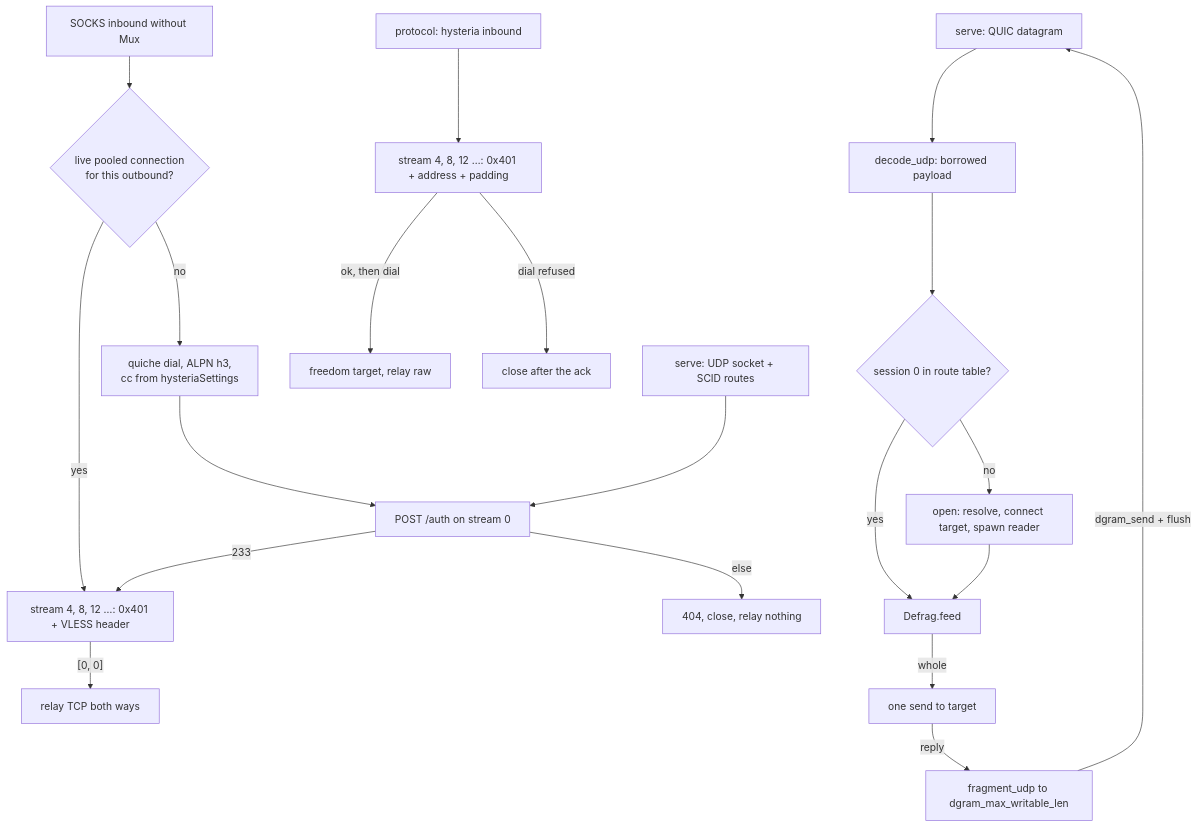
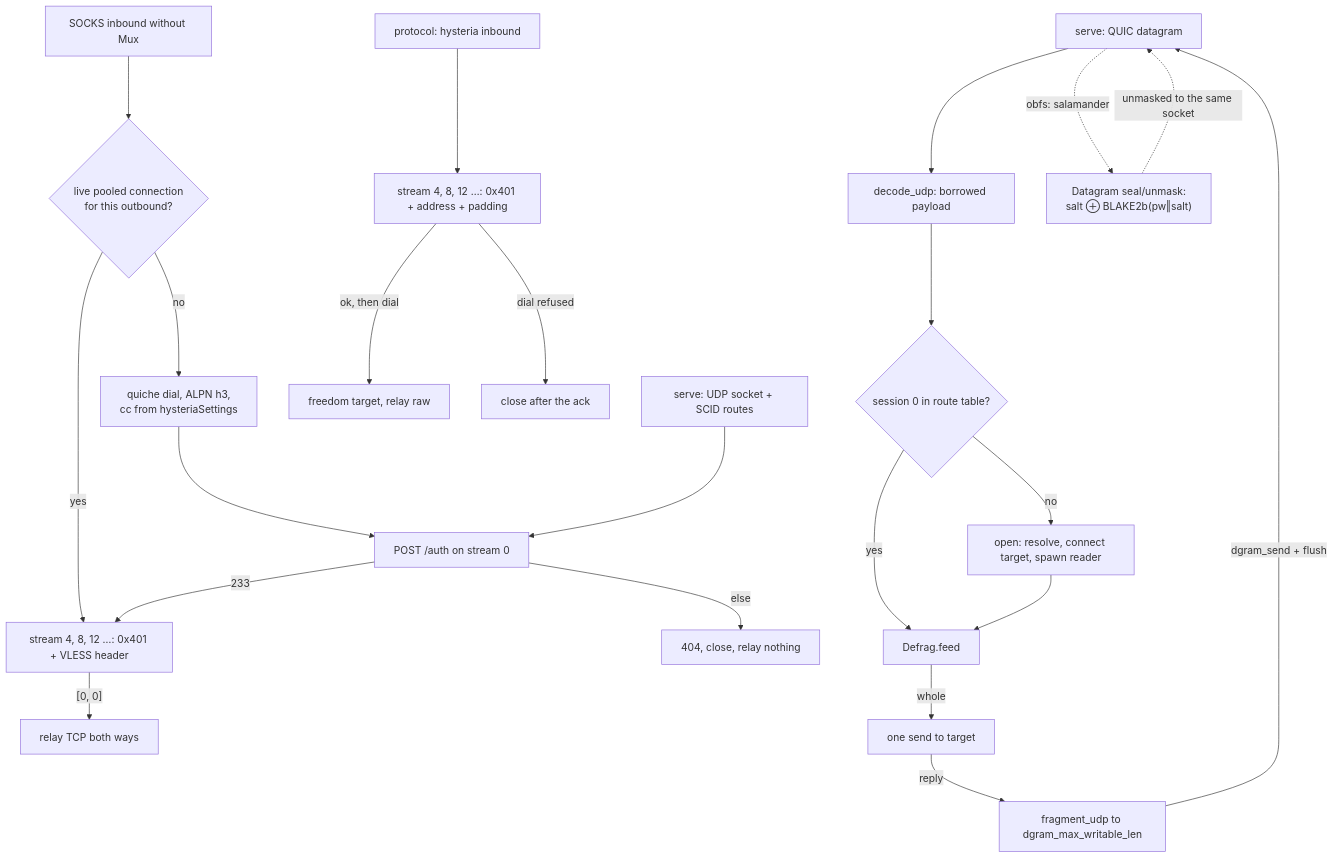
The diagram in docs/function/carrier-hysteria.md (Ferrocite/ferrox), drawn with Mermaid before and after one commit. The commit also changed other lines of this file and 10 other files, not shown here.

First line of the commit message:
hysteria: carry salamander datagram obfuscation at the QUIC seam

````diff
--- a/docs/function/carrier-hysteria.md
+++ b/docs/function/carrier-hysteria.md
@@ -63,22 +72,24 @@
 ```mermaid
 graph TD
     S["SOCKS inbound without Mux"] --> P{"live pooled connection<br/>for this outbound?"}
     P -- yes --> F["stream 4, 8, 12 …: 0x401 + VLESS header"]
     P -- no --> D["quiche dial, ALPN h3,<br/>cc from hysteriaSettings"]
     D --> A["POST /auth on stream 0"]
     A -- 233 --> F
     F -- "[0, 0]" --> R["relay TCP both ways"]
     A -- else --> X["404, close, relay nothing"]
     H["serve: UDP socket + SCID routes"] --> A
     P2["protocol: hysteria inbound"] --> Q["stream 4, 8, 12 …: 0x401 + address + padding"]
     Q -- "ok, then dial" --> T["freedom target, relay raw"]
     Q -- "dial refused" --> C["close after the ack"]
     G["serve: QUIC datagram"] --> D2["decode_udp: borrowed payload"]
+    G -. "obfs: salamander" .-> M["Datagram seal/unmask:<br/>salt ⊕ BLAKE2b(pw‖salt)"]
+    M -. "unmasked to the same socket" .-> G
     D2 --> E2{"session 0 in route table?"}
     E2 -- no --> O["open: resolve, connect target, spawn reader"]
     E2 -- yes --> F2["Defrag.feed"]
     O --> F2
     F2 -- whole --> U["one send to target"]
     U -- "reply " --> V["fragment_udp to dgram_max_writable_len"]
     V -- "dgram_send + flush" --> G
 ```
````
